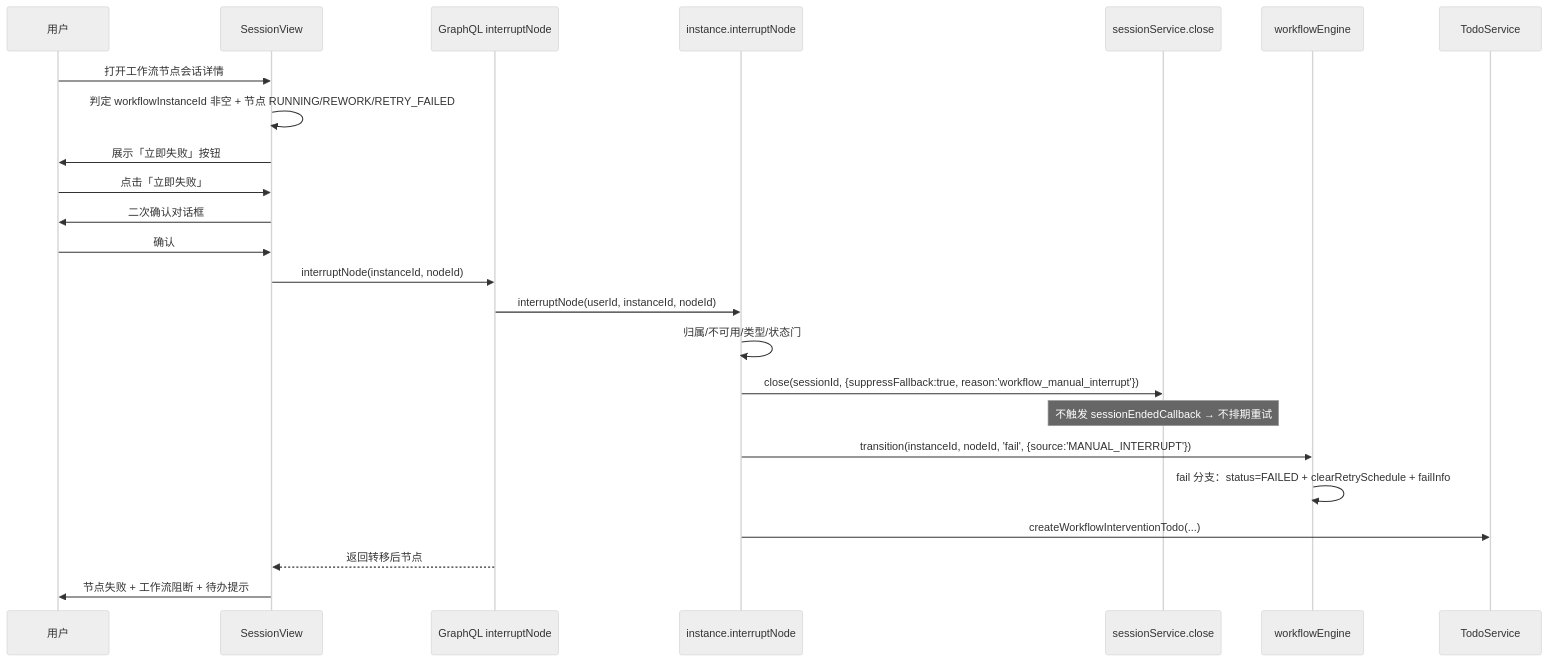
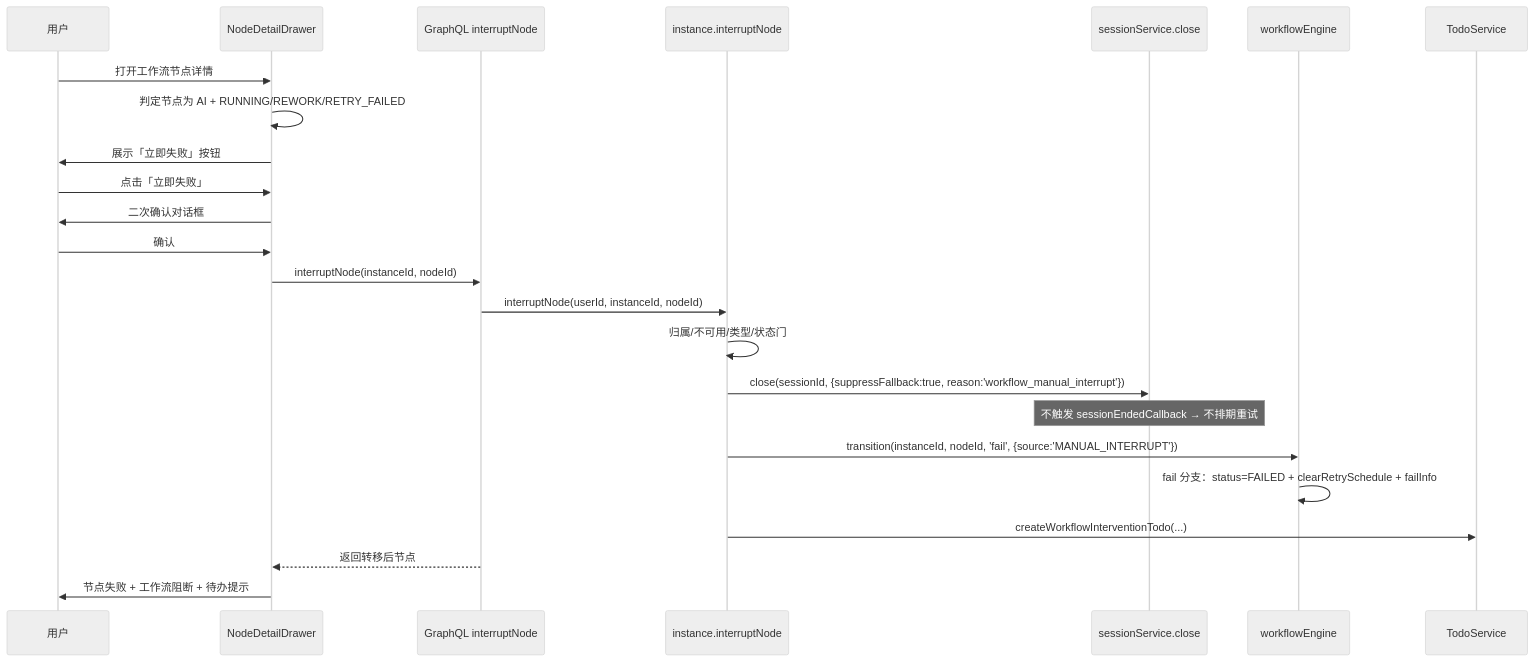
The second of 2 diagrams in docs/engineering/proposals/20261116-feat-workflow-interrupt.md (Deliay/z-agent-gear), drawn with Mermaid (neutral theme) before and after one commit. The commit also changed other lines of this file and 1 other file, not shown here.

````diff
--- a/docs/engineering/proposals/20261116-feat-workflow-interrupt.md
+++ b/docs/engineering/proposals/20261116-feat-workflow-interrupt.md
@@ -185,27 +185,27 @@
 ```mermaid
 sequenceDiagram
     participant U as 用户
-    participant SV as SessionView
+    participant ND as NodeDetailDrawer
     participant RES as GraphQL interruptNode
     participant INST as instance.interruptNode
     participant SES as sessionService.close
     participant ENG as workflowEngine
     participant TODO as TodoService
 
-    U->>SV: 打开工作流节点会话详情
-    SV->>SV: 判定 workflowInstanceId 非空 + 节点 RUNNING/REWORK/RETRY_FAILED
-    SV->>U: 展示「立即失败」按钮
-    U->>SV: 点击「立即失败」
-    SV->>U: 二次确认对话框
-    U->>SV: 确认
-    SV->>RES: interruptNode(instanceId, nodeId)
+    U->>ND: 打开工作流节点详情
+    ND->>ND: 判定节点为 AI + RUNNING/REWORK/RETRY_FAILED
+    ND->>U: 展示「立即失败」按钮
+    U->>ND: 点击「立即失败」
+    ND->>U: 二次确认对话框
+    U->>ND: 确认
+    ND->>RES: interruptNode(instanceId, nodeId)
     RES->>INST: interruptNode(userId, instanceId, nodeId)
     INST->>INST: 归属/不可用/类型/状态门
     INST->>SES: close(sessionId, {suppressFallback:true, reason:'workflow_manual_interrupt'})
     Note over SES: 不触发 sessionEndedCallback → 不排期重试
     INST->>ENG: transition(instanceId, nodeId, 'fail', {source:'MANUAL_INTERRUPT'})
     ENG->>ENG: fail 分支：status=FAILED + clearRetrySchedule + failInfo
     INST->>TODO: createWorkflowInterventionTodo(...)
-    RES-->>SV: 返回转移后节点
-    SV->>U: 节点失败 + 工作流阻断 + 待办提示
+    RES-->>ND: 返回转移后节点
+    ND->>U: 节点失败 + 工作流阻断 + 待办提示
 ```
````
